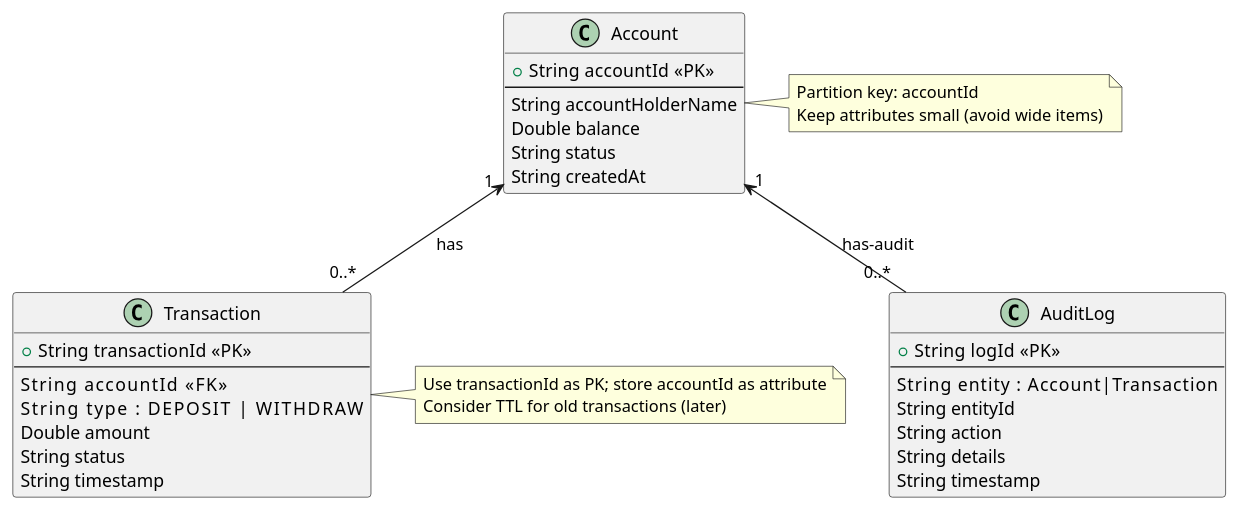
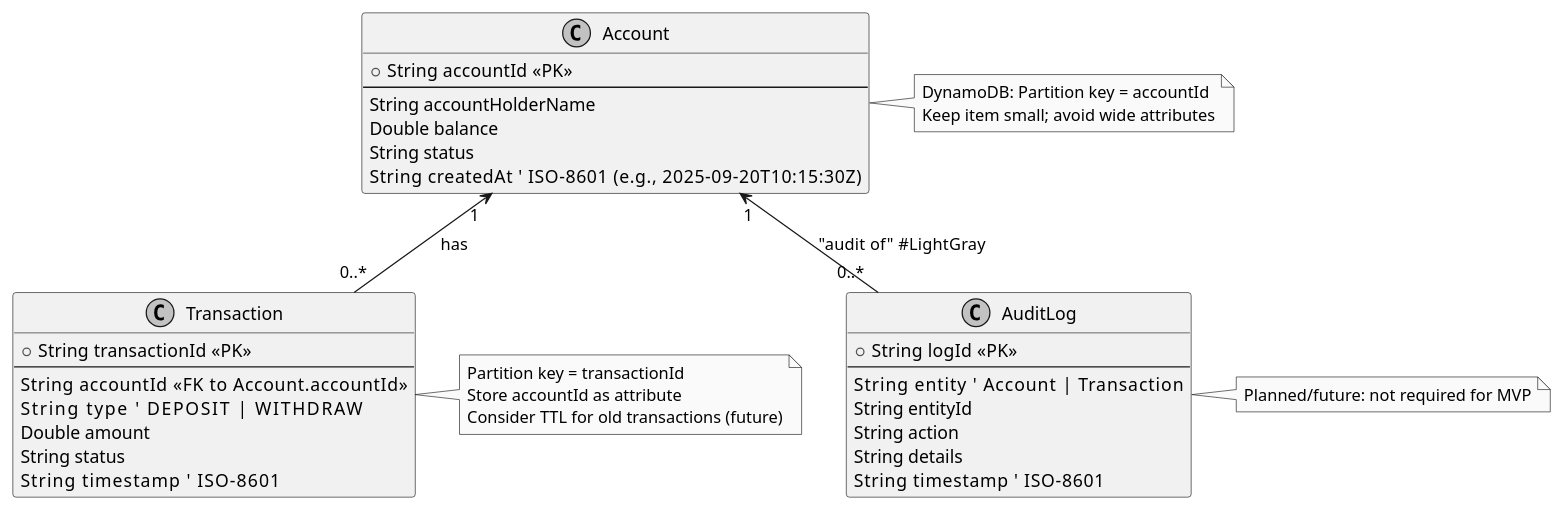
The diagram in docs/diagrams/er-diagram.puml (hari-muvvala/banking-transaction-system), drawn with PlantUML before and after one commit. The commit also changed 1 other file, not shown here.

Commit message:
docs(diagrams): update er-diagram.puml and regenerate ER diagram PNG

```diff
--- a/docs/diagrams/er-diagram.puml
+++ b/docs/diagrams/er-diagram.puml
@@ -1,47 +1,55 @@
 @startuml
-' Simple ER-style diagram for Banking Transaction System (MVP)
+' ER-style diagram for Banking Transaction System (MVP)
+
+skinparam shadowing false
+skinparam monochrome true
 
 class Account {
   +String accountId  <<PK>>
   --
   String accountHolderName
   Double balance
   String status
-  String createdAt
+  String createdAt        ' ISO-8601 (e.g., 2025-09-20T10:15:30Z)
 }
 
 class Transaction {
   +String transactionId  <<PK>>
   --
-  String accountId       <<FK>>
-  String type            : DEPOSIT | WITHDRAW
+  String accountId       <<FK to Account.accountId>>
+  String type            ' DEPOSIT | WITHDRAW
   Double amount
   String status
-  String timestamp
+  String timestamp       ' ISO-8601
 }
 
 class AuditLog {
   +String logId  <<PK>>
   --
-  String entity        : Account|Transaction
+  String entity        ' Account | Transaction
   String entityId
   String action
   String details
-  String timestamp
+  String timestamp     ' ISO-8601
 }
 
-' relationships (conceptual)
+' Relationships (conceptual)
 Account "1" <-- "0..*" Transaction : "has"
-Account "1" <-- "0..*" AuditLog : "has-audit"
+Account "1" <-- "0..*" AuditLog    : "audit of"  #LightGray
 
 note right of Account
-  Partition key: accountId
-  Keep attributes small (avoid wide items)
+  DynamoDB: Partition key = accountId
+  Keep item small; avoid wide attributes
 end note
 
 note right of Transaction
-  Use transactionId as PK; store accountId as attribute
-  Consider TTL for old transactions (later)
+  Partition key = transactionId
+  Store accountId as attribute
+  Consider TTL for old transactions (future)
+end note
+
+note right of AuditLog
+  Planned/future: not required for MVP
 end note
 
 @enduml
```
